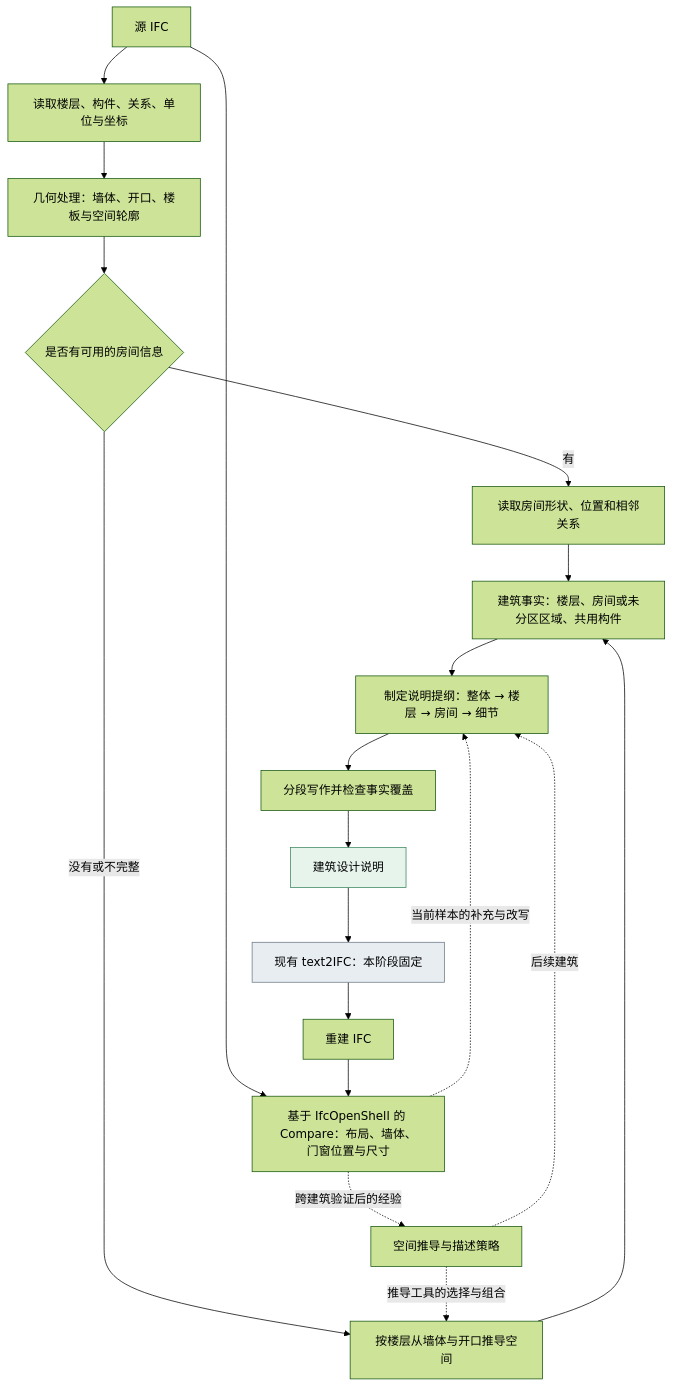
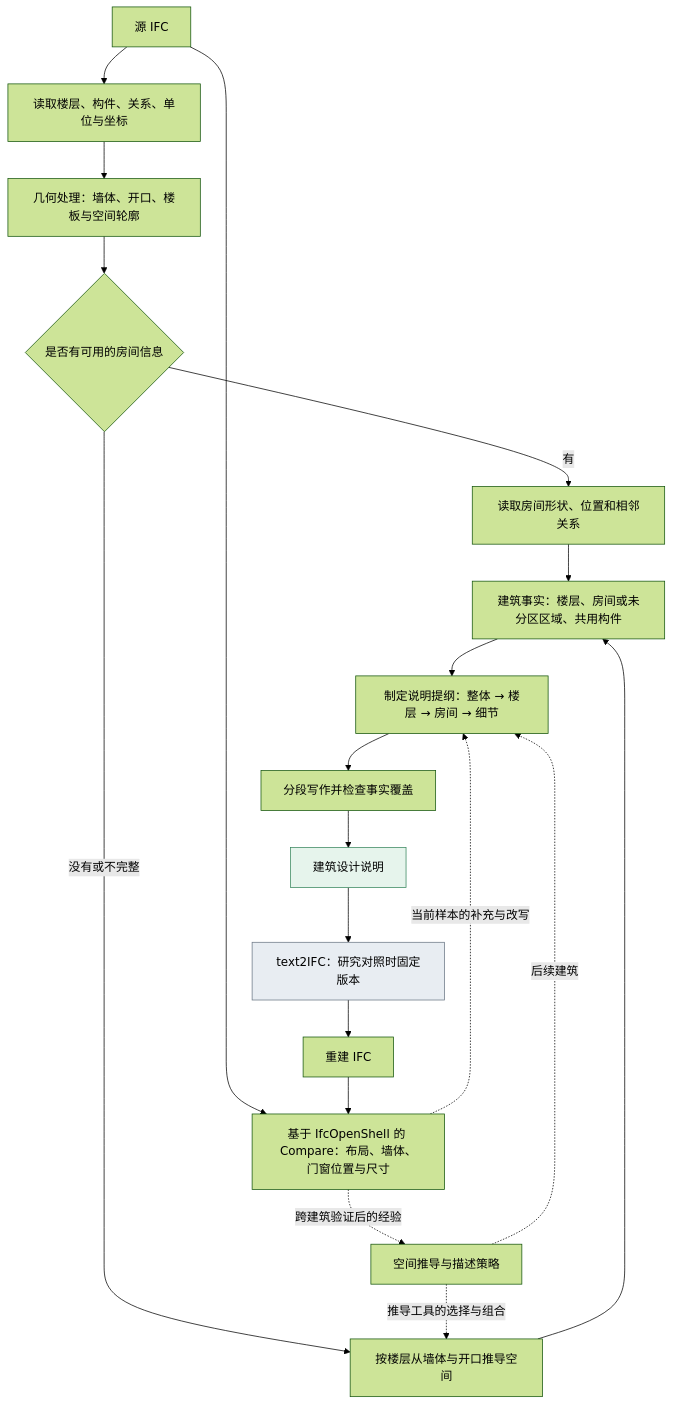
The first of 2 diagrams in docs/architecture/bim2text-bidirectional-bridge-research.md (770122whrt/text2IFC), drawn with Mermaid (forest theme) before and after one commit. The commit also changed other lines of this file and 30 other files, not shown here.

Commit message:
docs(ifc2text): consolidate current guidance and archive failure narratives

````diff
--- a/docs/architecture/bim2text-bidirectional-bridge-research.md
+++ b/docs/architecture/bim2text-bidirectional-bridge-research.md
@@ -31,23 +29,23 @@
 ```mermaid
 flowchart TB
     A["源 IFC"] --> B["读取楼层、构件、关系、单位与坐标"]
     B --> C["几何处理：墙体、开口、楼板与空间轮廓"]
     C --> D{"是否有可用的房间信息"}
     D -->|有| E["读取房间形状、位置和相邻关系"]
     D -->|没有或不完整| F["按楼层从墙体与开口推导空间"]
     F --> G["建筑事实：楼层、房间或未分区区域、共用构件"]
     E --> G
     G --> H["制定说明提纲：整体 → 楼层 → 房间 → 细节"]
     H --> I["分段写作并检查事实覆盖"]
     I --> T["建筑设计说明"]
-    T --> J["现有 text2IFC：本阶段固定"]
+    T --> J["text2IFC：研究对照时固定版本"]
     J --> K["重建 IFC"]
     A --> L["基于 IfcOpenShell 的 Compare：布局、墙体、门窗位置与尺寸"]
     K --> L
     L -. 当前样本的补充与改写 .-> H
     L -. 跨建筑验证后的经验 .-> P["空间推导与描述策略"]
     P -. 推导工具的选择与组合 .-> F
     P -. 后续建筑 .-> H
     style J fill:#e8edf2,stroke:#6b7785
     style T fill:#e6f4ec,stroke:#37865c
 ```
````
